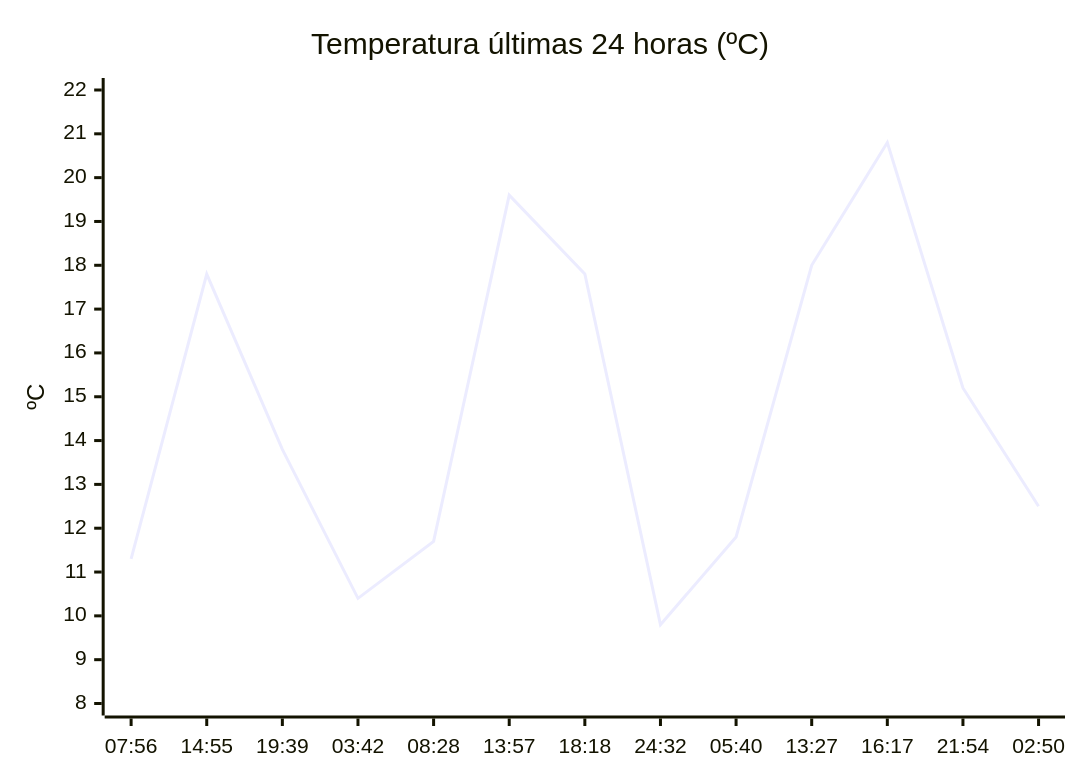
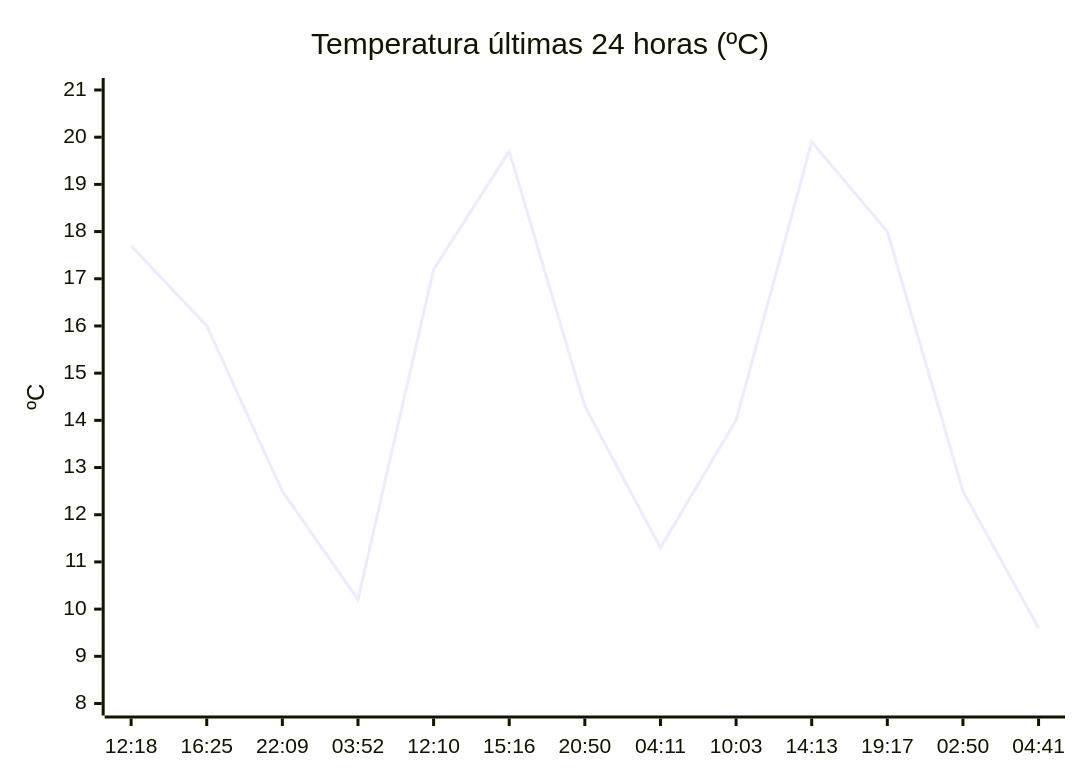
One commit to solidsnk86/rem-scrap changed the diagram in README.md. Above: the diagram before and after it, drawn with Mermaid. The commit also changed other lines of this file, not shown here.

````diff
--- a/README.md
+++ b/README.md
@@ -36,7 +32,7 @@
 ```mermaid
 xychart-beta
     title "Temperatura últimas 24 horas (ºC)"
-    x-axis ["07:56", "14:55", "19:39", "03:42", "08:28", "13:57", "18:18", "24:32", "05:40", "13:27", "16:17", "21:54", "02:50"]
-    y-axis "ºC" 8 --> 22
-    line [11.3, 17.8, 13.8, 10.4, 11.7, 19.6, 17.8, 9.8, 11.8, 18, 20.8, 15.2, 12.5]
+    x-axis ["12:18", "16:25", "22:09", "03:52", "12:10", "15:16", "20:50", "04:11", "10:03", "14:13", "19:17", "02:50", "04:41"]
+    y-axis "ºC" 8 --> 21
+    line [17.7, 16, 12.5, 10.2, 17.2, 19.7, 14.3, 11.3, 14, 19.9, 18, 12.5, 9.6]
 ```
````
